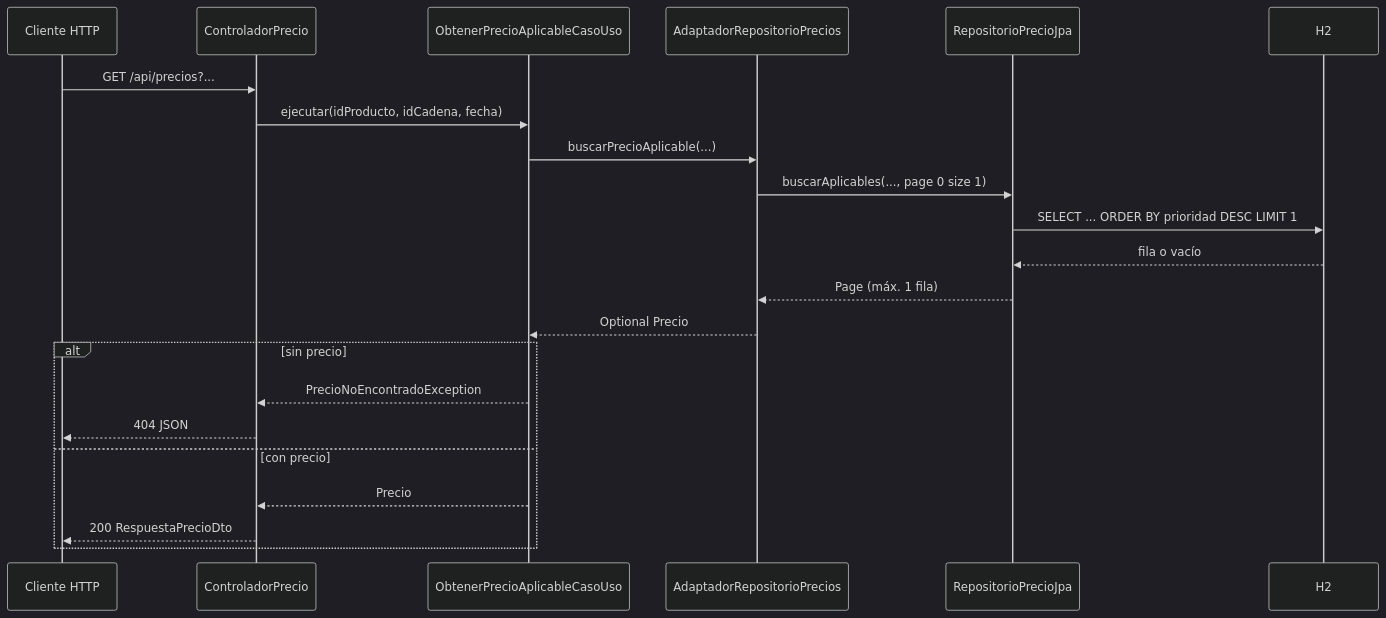
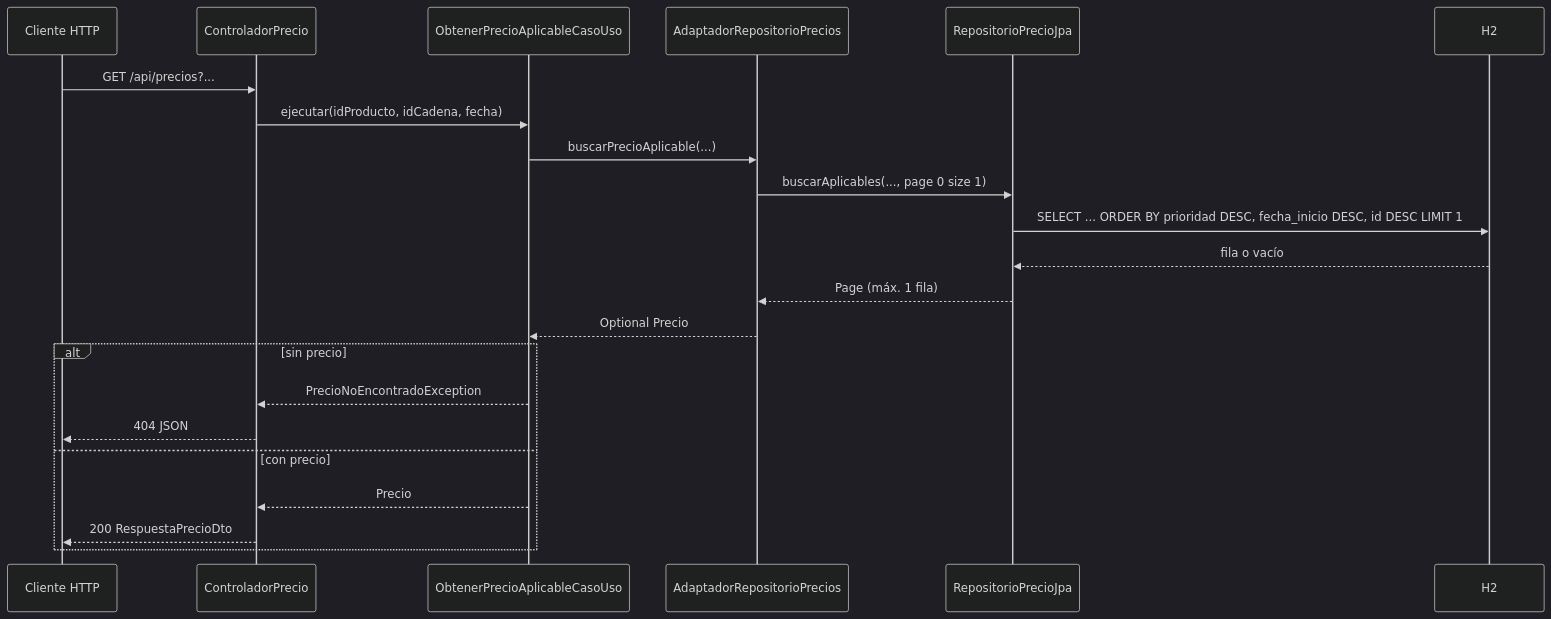
The second of 2 diagrams in docs/arquitectura-hexagonal.md (jmjime/ProyectoJava), drawn with Mermaid (dark theme) before and after one commit. The commit also changed other lines of this file and 6 other files, not shown here.

````diff
--- a/docs/arquitectura-hexagonal.md
+++ b/docs/arquitectura-hexagonal.md
@@ -102,24 +102,24 @@
 ```mermaid
 sequenceDiagram
   participant C as Cliente HTTP
   participant Ctrl as ControladorPrecio
   participant UC as ObtenerPrecioAplicableCasoUso
   participant AD as AdaptadorRepositorioPrecios
   participant R as RepositorioPrecioJpa
   participant DB as H2
   C->>Ctrl: GET /api/precios?...
   Ctrl->>UC: ejecutar(idProducto, idCadena, fecha)
   UC->>AD: buscarPrecioAplicable(...)
   AD->>R: buscarAplicables(..., page 0 size 1)
-  R->>DB: SELECT ... ORDER BY prioridad DESC LIMIT 1
+  R->>DB: SELECT ... ORDER BY prioridad DESC, fecha_inicio DESC, id DESC LIMIT 1
   DB-->>R: fila o vacío
   R-->>AD: Page (máx. 1 fila)
   AD-->>UC: Optional Precio
   alt sin precio
     UC-->>Ctrl: PrecioNoEncontradoException
     Ctrl-->>C: 404 JSON
   else con precio
     UC-->>Ctrl: Precio
     Ctrl-->>C: 200 RespuestaPrecioDto
   end
 ```
````
